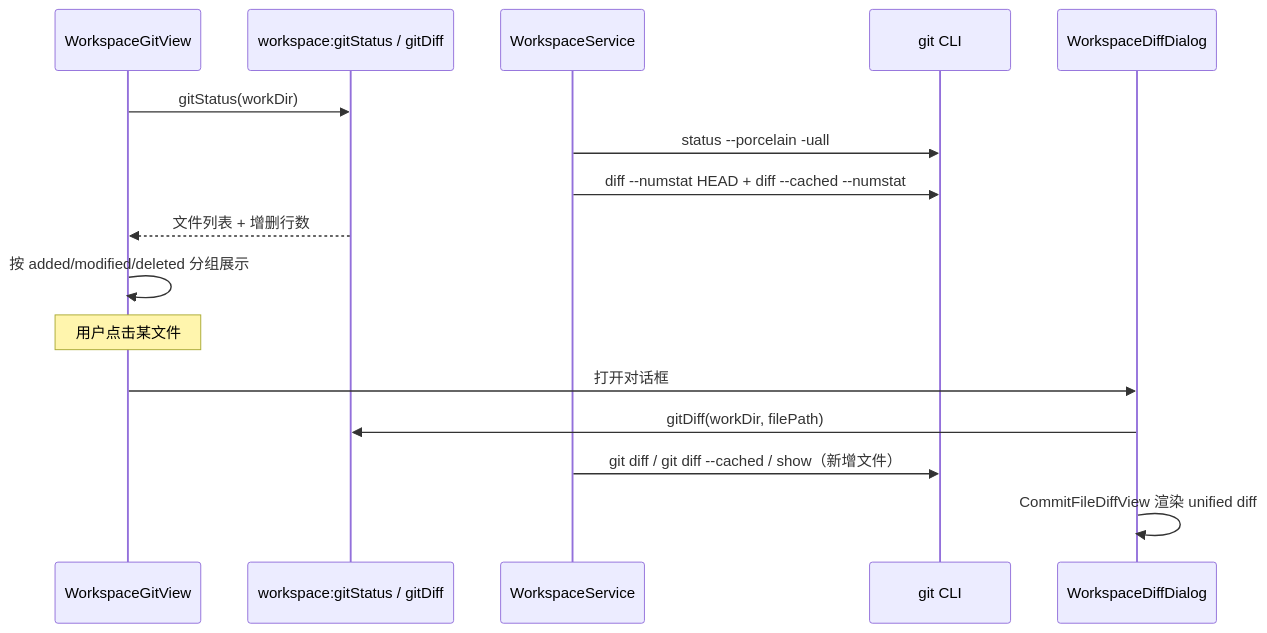
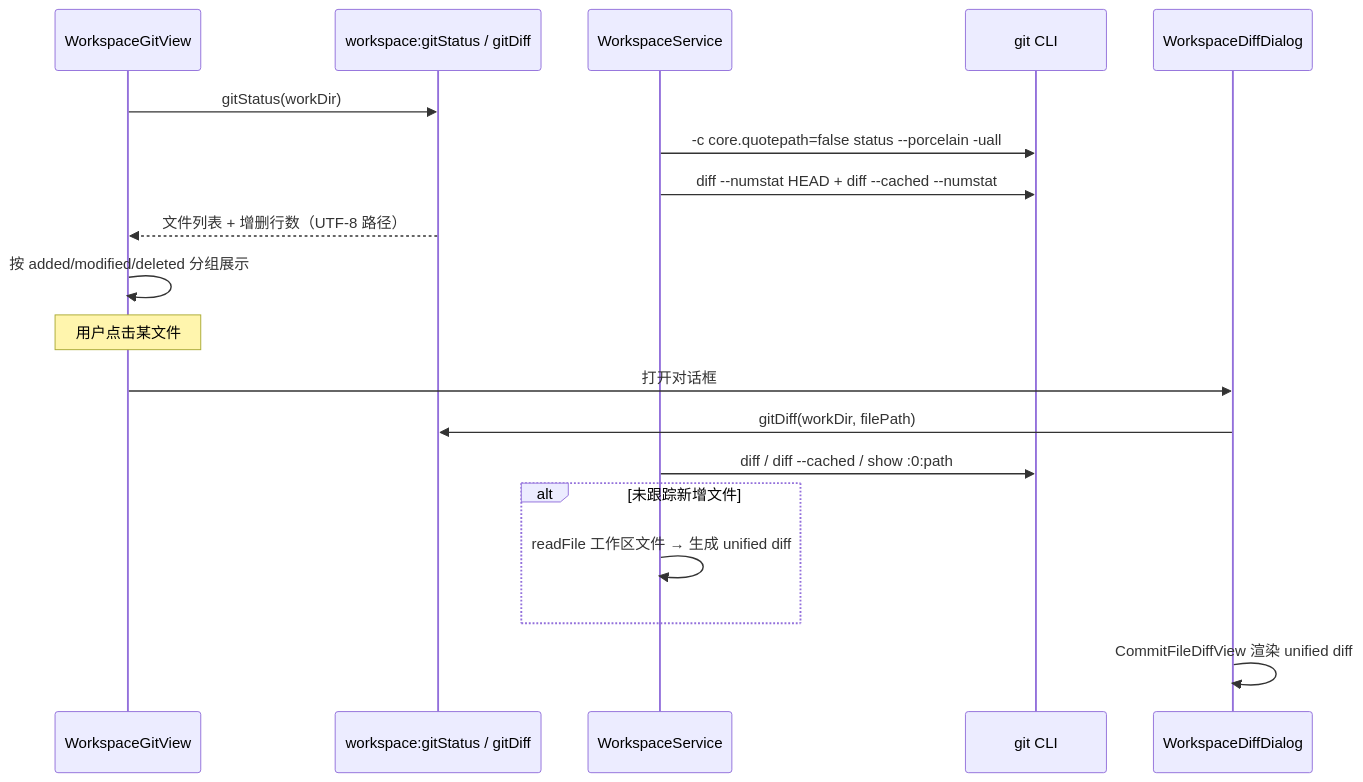
The fourth of 4 diagrams in docs/功能工作区.md (Landers1037/NioZy), drawn with Mermaid before and after one commit. The commit also changed other lines of this file and 1 other file, not shown here.

````diff
--- a/docs/功能工作区.md
+++ b/docs/功能工作区.md
@@ -99,20 +117,23 @@
 ```mermaid
 sequenceDiagram
   participant UI as WorkspaceGitView
   participant API as workspace:gitStatus / gitDiff
   participant Ws as WorkspaceService
   participant Git as git CLI
   participant Diff as WorkspaceDiffDialog
 
   UI->>API: gitStatus(workDir)
-  Ws->>Git: status --porcelain -uall
+  Ws->>Git: -c core.quotepath=false status --porcelain -uall
   Ws->>Git: diff --numstat HEAD + diff --cached --numstat
-  API-->>UI: 文件列表 + 增删行数
+  API-->>UI: 文件列表 + 增删行数（UTF-8 路径）
   UI->>UI: 按 added/modified/deleted 分组展示
 
   Note over UI: 用户点击某文件
   UI->>Diff: 打开对话框
   Diff->>API: gitDiff(workDir, filePath)
-  Ws->>Git: git diff / git diff --cached / show（新增文件）
+  Ws->>Git: diff / diff --cached / show :0:path
+  alt 未跟踪新增文件
+    Ws->>Ws: readFile 工作区文件 → 生成 unified diff
+  end
   Diff->>Diff: CommitFileDiffView 渲染 unified diff
 ```
````
